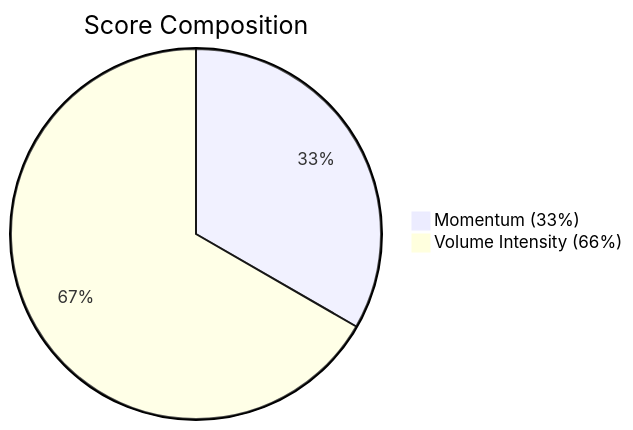
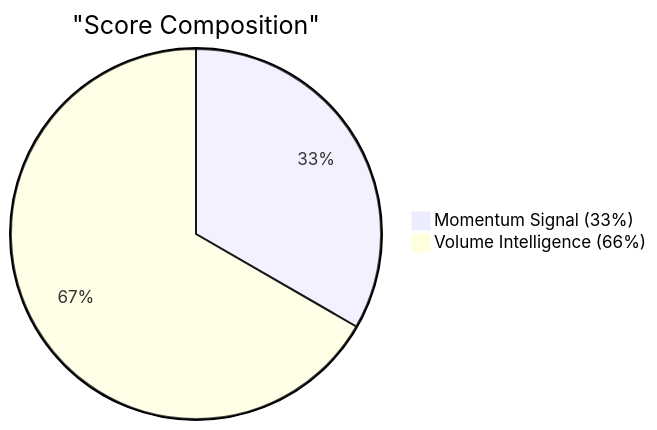
Before and after one commit to pravindev666/Tradyx-Aleph: the fourth of 20 diagrams in README.md, drawn with Mermaid. The commit also changed other lines of this file, not shown here.

````diff
--- a/README.md
+++ b/README.md
@@ -256,5 +72,5 @@
 ```mermaid
-pie title Score Composition
-    "Momentum (33%)" : 33
-    "Volume Intensity (66%)" : 66
+pie title "Score Composition"
+    "Momentum Signal (33%)" : 33
+    "Volume Intelligence (66%)" : 66
 ```
````
